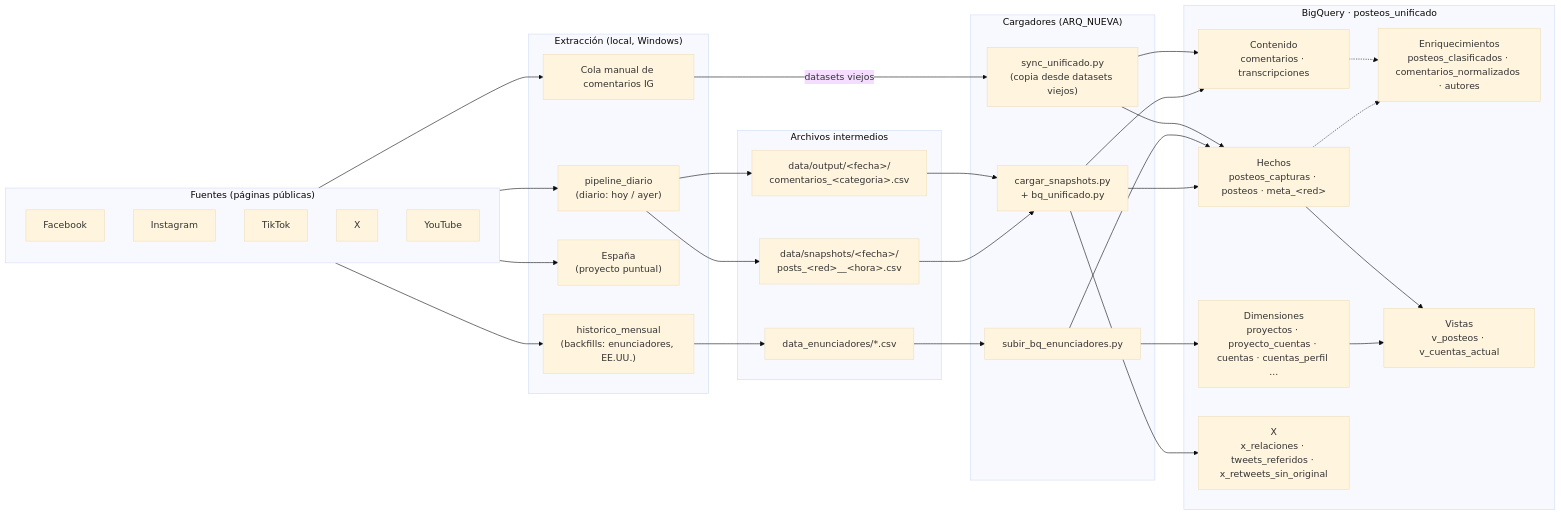
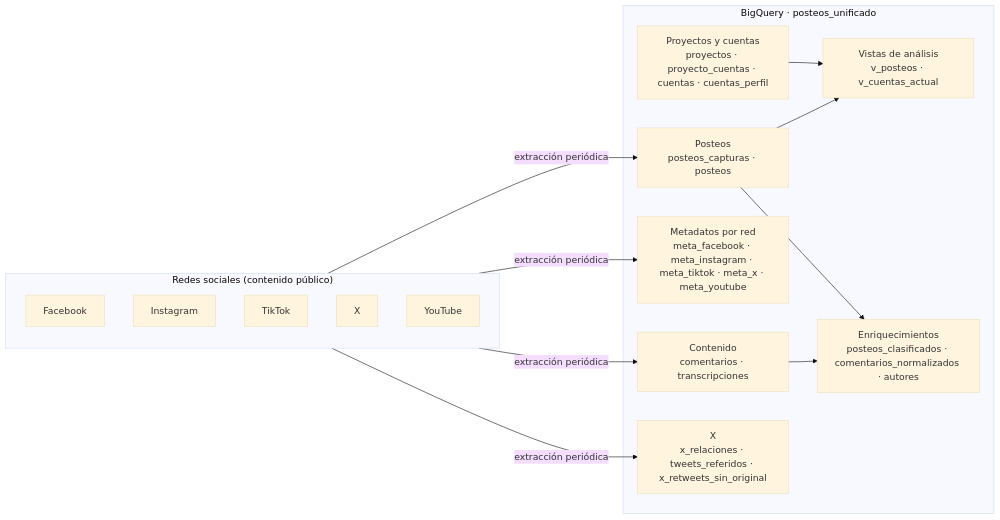
Before and after one commit to agustinperi-buwo/arquitectura_nueva_documentacion: the diagram in README.md, drawn with Mermaid (base theme). The commit also changed other lines of this file, not shown here.

````diff
--- a/README.md
+++ b/README.md
@@ -41,53 +36,26 @@
 ```mermaid
 flowchart LR
-    subgraph FUENTES["Fuentes (páginas públicas)"]
+    subgraph REDES["Redes sociales (contenido público)"]
         FB[Facebook]
         IG[Instagram]
         TT[TikTok]
         X[X]
         YT[YouTube]
     end
 
-    subgraph EXTRACCION["Extracción (local, Windows)"]
-        PD["pipeline_diario<br/>(diario: hoy / ayer)"]
-        HM["historico_mensual<br/>(backfills: enunciadores, EE.UU.)"]
-        ES["España<br/>(proyecto puntual)"]
-        IGM["Cola manual de comentarios IG"]
-    end
-
-    subgraph ARCHIVOS["Archivos intermedios"]
-        SNAP["data/snapshots/&lt;fecha&gt;/<br/>posts_&lt;red&gt;__&lt;hora&gt;.csv"]
-        COM["data/output/&lt;fecha&gt;/<br/>comentarios_&lt;categoria&gt;.csv"]
-        HCSV["data_enunciadores/*.csv"]
-    end
-
-    subgraph CARGA["Cargadores (ARQ_NUEVA)"]
-        CS["cargar_snapshots.py<br/>+ bq_unificado.py"]
-        SE["subir_bq_enunciadores.py"]
-        SU["sync_unificado.py<br/>(copia desde datasets viejos)"]
-    end
-
     subgraph BQ["BigQuery · posteos_unificado"]
-        DIM["Dimensiones<br/>proyectos · proyecto_cuentas · cuentas · cuentas_perfil ..."]
-        HEC["Hechos<br/>posteos_capturas · posteos · meta_&lt;red&gt;"]
+        DIM["Proyectos y cuentas<br/>proyectos · proyecto_cuentas · cuentas · cuentas_perfil"]
+        HEC["Posteos<br/>posteos_capturas · posteos"]
+        MET["Metadatos por red<br/>meta_facebook · meta_instagram · meta_tiktok · meta_x · meta_youtube"]
         CON["Contenido<br/>comentarios · transcripciones"]
         XR["X<br/>x_relaciones · tweets_referidos · x_retweets_sin_original"]
         ENR["Enriquecimientos<br/>posteos_clasificados · comentarios_normalizados · autores"]
-        VIS["Vistas<br/>v_posteos · v_cuentas_actual"]
+        VIS["Vistas de análisis<br/>v_posteos · v_cuentas_actual"]
     end
 
-    FUENTES --> PD & HM & ES & IGM
-    PD --> SNAP & COM
-    HM --> HCSV
-    SNAP --> CS
-    COM --> CS
-    HCSV --> SE
-    IGM -->|"datasets viejos"| SU
-    CS --> HEC & CON & XR
-    SE --> DIM & HEC
-    SU --> HEC & CON
+    REDES -->|"extracción periódica"| HEC & MET & CON & XR
     DIM --> VIS
     HEC --> VIS
-    HEC -.-> ENR
-    CON -.-> ENR
+    HEC --> ENR
+    CON --> ENR
 ```
````
